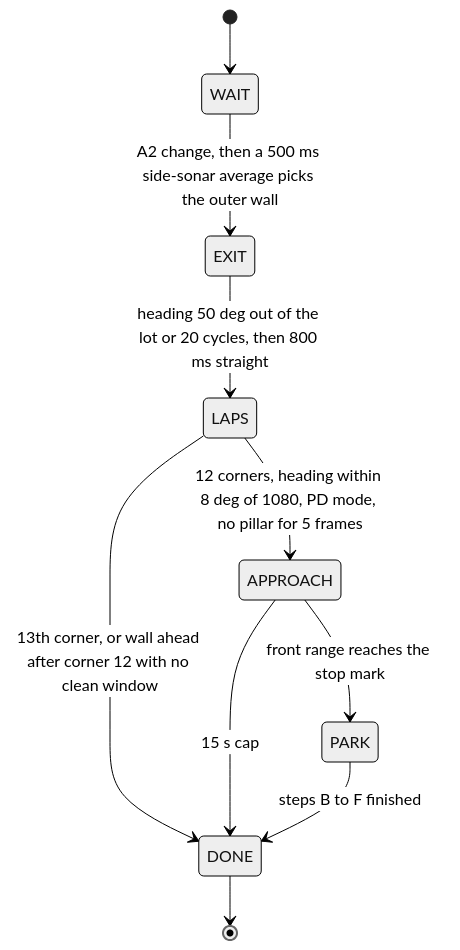
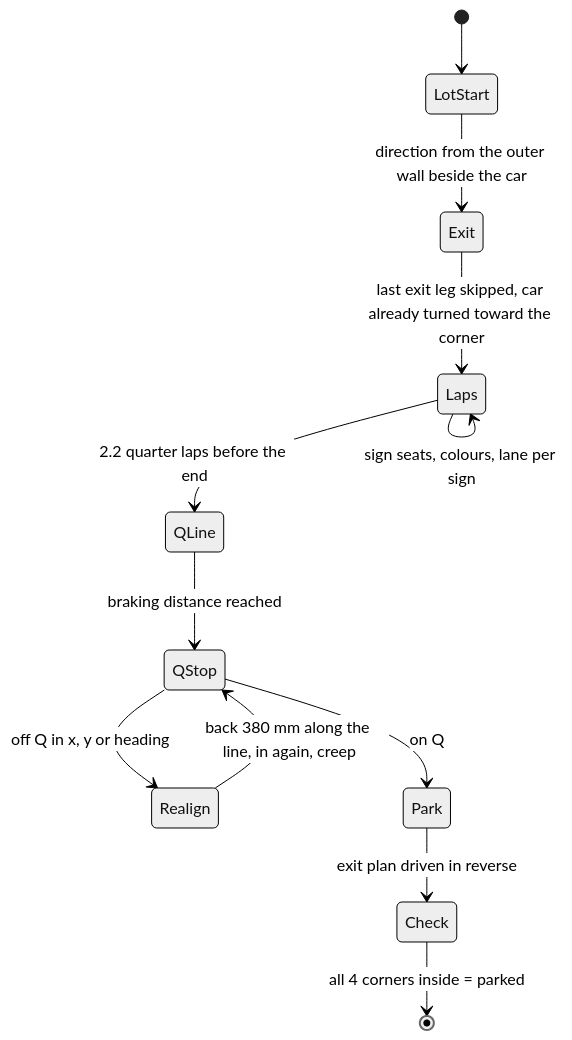
Before and after one commit to BllueWave/WRO-Future-Engineers-2026: the third of 3 diagrams in docs/03-software-and-strategy.md, drawn with Mermaid (neutral theme). The commit also changed other lines of this file and 11 other files, not shown here.

````diff
--- a/docs/03-software-and-strategy.md
+++ b/docs/03-software-and-strategy.md
@@ -118,12 +160,14 @@
 ```mermaid
 stateDiagram-v2
-    [*] --> WAIT
-    WAIT --> EXIT : A2 change, then a 500 ms side-sonar average picks the outer wall
-    EXIT --> LAPS : heading 50 deg out of the lot or 20 cycles, then 800 ms straight
-    LAPS --> APPROACH : 12 corners, heading within 8 deg of 1080, PD mode, no pillar for 5 frames
-    LAPS --> DONE : 13th corner, or wall ahead after corner 12 with no clean window
-    APPROACH --> PARK : front range reaches the stop mark
-    APPROACH --> DONE : 15 s cap
-    PARK --> DONE : steps B to F finished
-    DONE --> [*]
+    [*] --> LotStart
+    LotStart --> Exit: direction from the outer wall beside the car
+    Exit --> Laps: last exit leg skipped, car already turned toward the corner
+    Laps --> Laps: sign seats, colours, lane per sign
+    Laps --> QLine: 2.2 quarter laps before the end
+    QLine --> QStop: braking distance reached
+    QStop --> Realign: off Q in x, y or heading
+    Realign --> QStop: back 380 mm along the line, in again, creep
+    QStop --> Park: on Q
+    Park --> Check: exit plan driven in reverse
+    Check --> [*]: all 4 corners inside = parked
 ```
````
